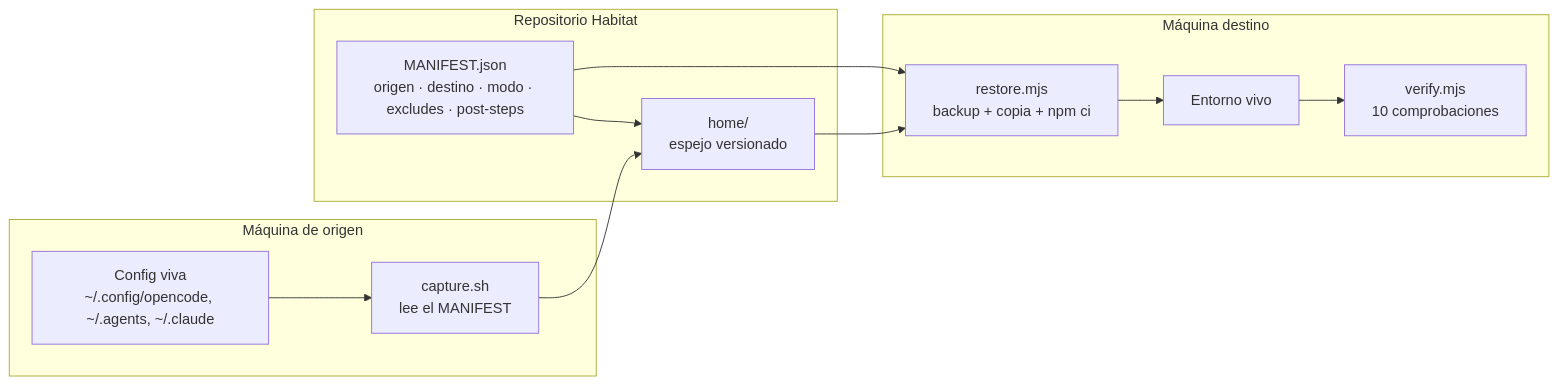
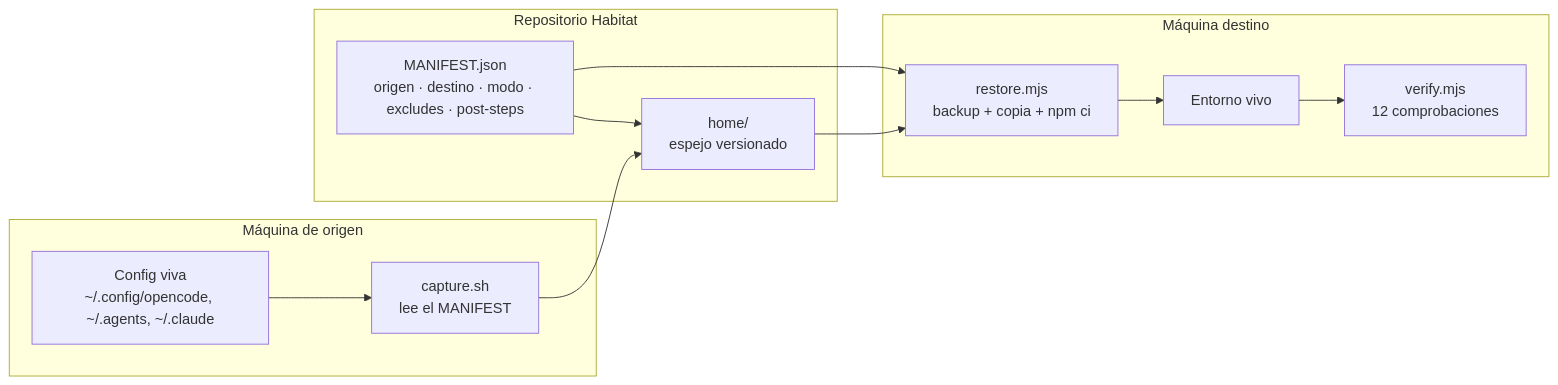
The first of 3 diagrams in docs/ARCHITECTURE.md (FacundoECornet/Habitat), drawn with Mermaid before and after one commit. The commit also changed other lines of this file and 11 other files, not shown here.

````diff
--- a/docs/ARCHITECTURE.md
+++ b/docs/ARCHITECTURE.md
@@ -10,21 +10,21 @@
 ```mermaid
 flowchart LR
     subgraph SRC[Máquina de origen]
         LIVE[Config viva<br/>~/.config/opencode, ~/.agents, ~/.claude]
         CAP[capture.sh<br/>lee el MANIFEST]
     end
     subgraph REPO[Repositorio Habitat]
         MAN[MANIFEST.json<br/>origen · destino · modo · excludes · post-steps]
         PAYLOAD[home/<br/>espejo versionado]
     end
     subgraph DST[Máquina destino]
         ENG[restore.mjs<br/>backup + copia + npm ci]
-        VER[verify.mjs<br/>10 comprobaciones]
+        VER[verify.mjs<br/>12 comprobaciones]
         NEW[Entorno vivo]
     end
     LIVE --> CAP --> PAYLOAD
     MAN --> PAYLOAD
     MAN --> ENG
     PAYLOAD --> ENG --> NEW
     NEW --> VER
 ```
````
